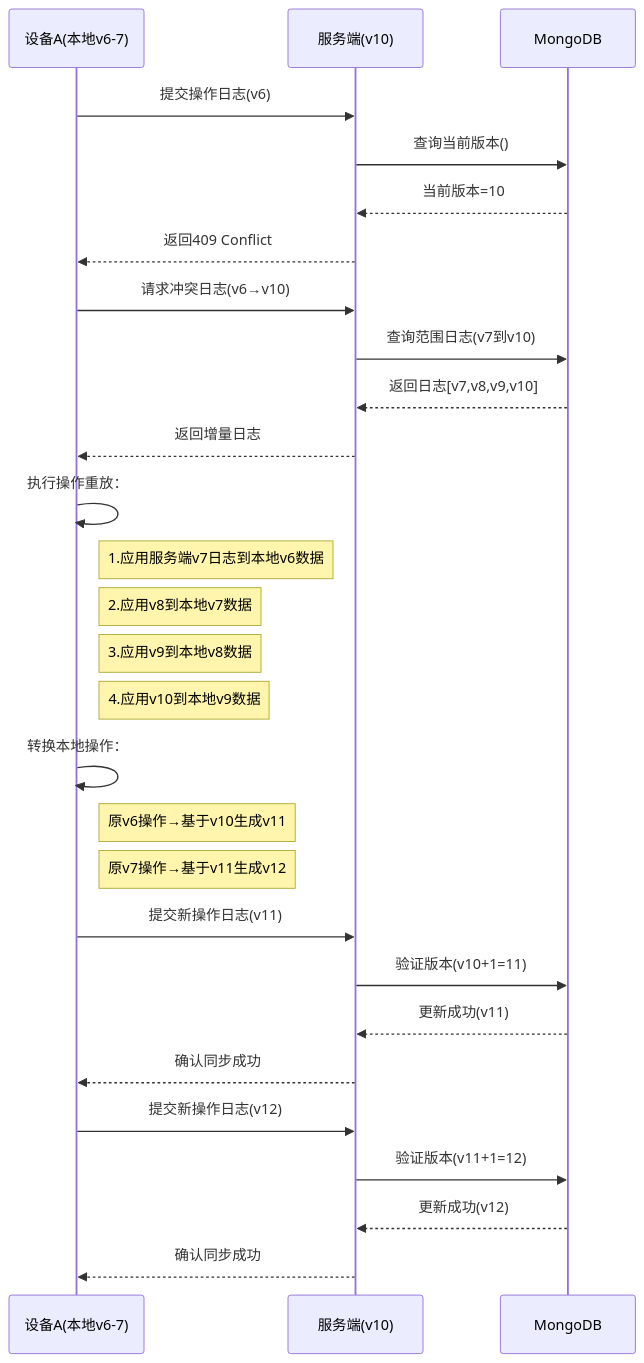
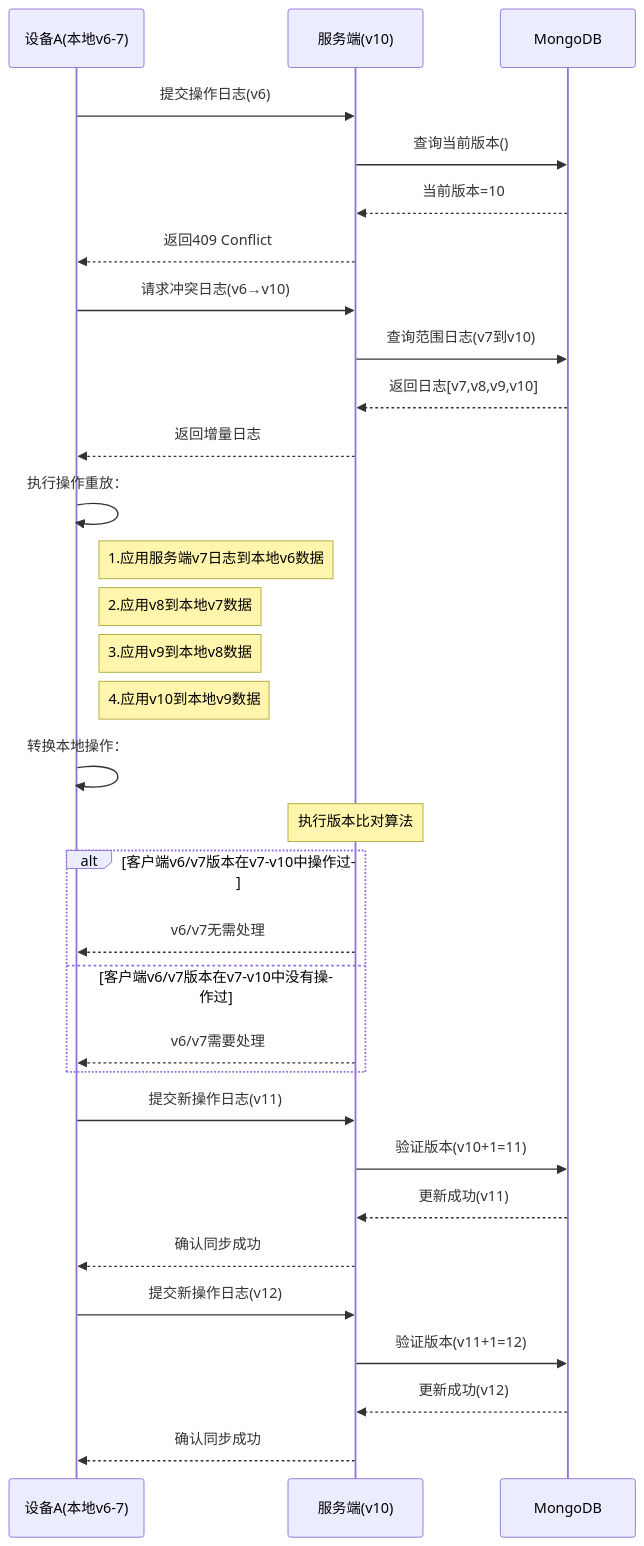
Before and after one commit to yingjianzh/iodraw-files: the diagram in all/未命名-26.md, drawn with Mermaid.

Commit message:
2025-02-26 16:50:58 update

````diff
--- a/all/未命名-26.md
+++ b/all/未命名-26.md
@@ -1,44 +1,48 @@
 ```mermaid
 sequenceDiagram
     participant A as 设备A(本地v6-7)
     participant S as 服务端(v10)
     participant DB as MongoDB
 
     %% 初始同步尝试
     A->>S: 提交操作日志(v6)
     S->>DB: 查询当前版本()
     DB-->>S: 当前版本=10
     S-->>A: 返回409 Conflict
 
     %% 冲突解决阶段
     A->>S: 请求冲突日志(v6→v10)
     S->>DB: 查询范围日志(v7到v10)
     DB-->>S: 返回日志[v7,v8,v9,v10]
     S-->>A: 返回增量日志
 
 
     %% 本地数据重建
     A->>A: 执行操作重放：
     note right of A: 1.应用服务端v7日志到本地v6数据
     note right of A: 2.应用v8到本地v7数据
     note right of A: 3.应用v9到本地v8数据
     note right of A: 4.应用v10到本地v9数据
 
     %% 本地操作转换
     A->>A: 转换本地操作：
-    note right of A: 原v6操作→基于v10生成v11
-    note right of A: 原v7操作→基于v11生成v12
+    
 
-    
+    Note over S: 执行版本比对算法
+    alt 客户端v6/v7版本在v7-v10中操作过
+        S-->>A: v6/v7无需处理
+    else 客户端v6/v7版本在v7-v10中没有操作过
+        S-->>A: v6/v7需要处理
+    end
 
     %% 重新提交
     A->>S: 提交新操作日志(v11)
     S->>DB: 验证版本(v10+1=11)
     DB-->>S: 更新成功(v11)
     S-->>A: 确认同步成功
 
     A->>S: 提交新操作日志(v12)
     S->>DB: 验证版本(v11+1=12)
     DB-->>S: 更新成功(v12)
     S-->>A: 确认同步成功
 ```
````
